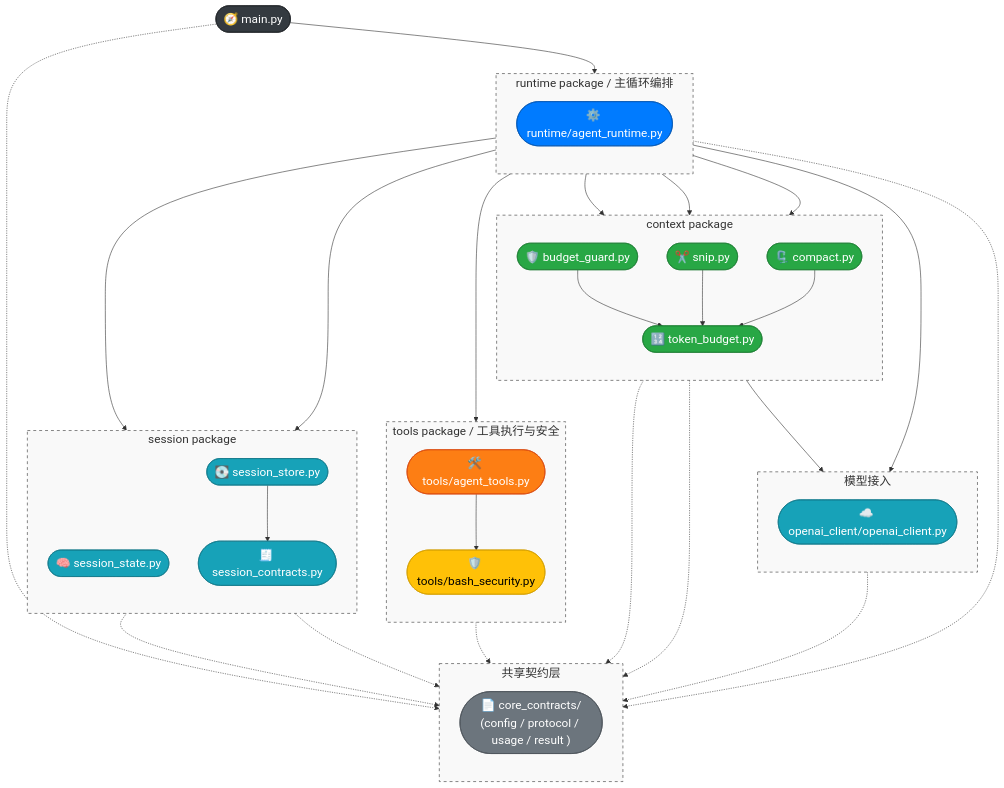
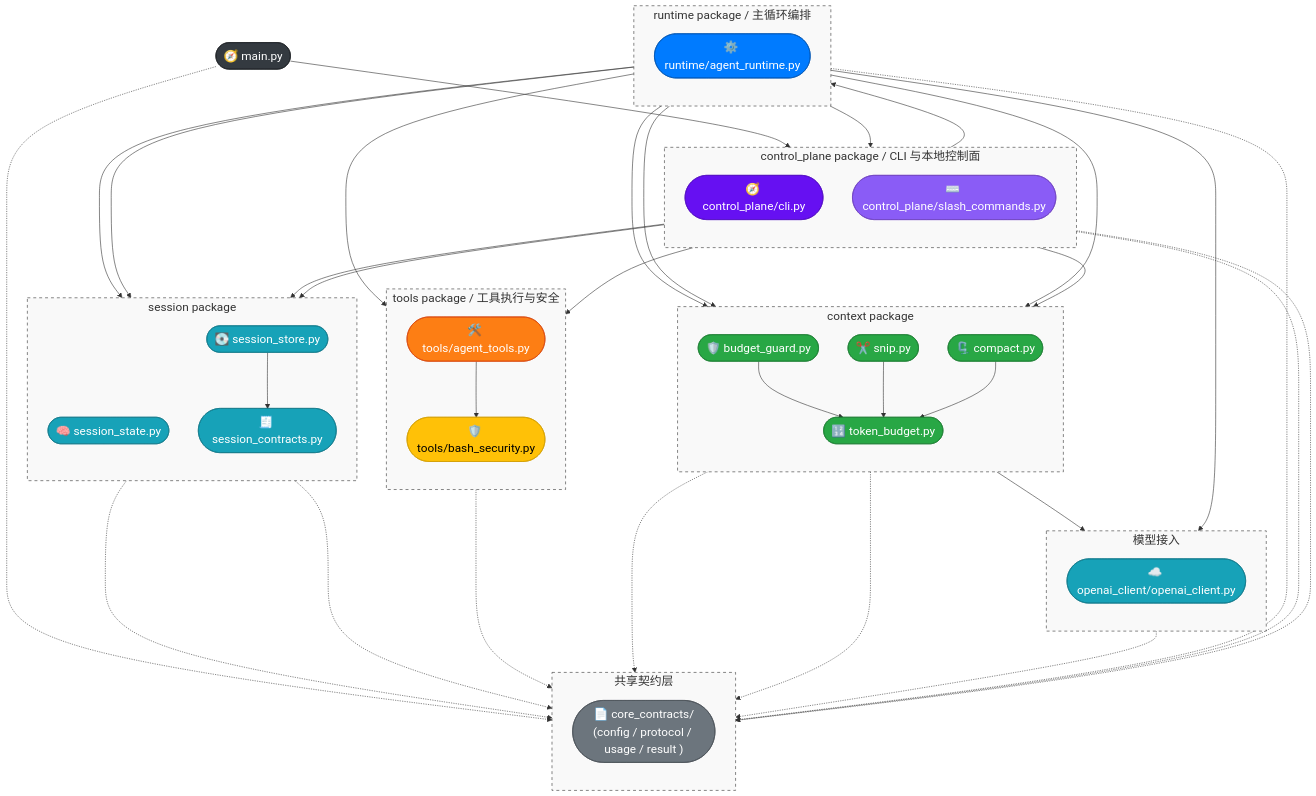
Before and after one commit to WenXingming/ClawCodeAgent: the diagram in docs/Architecture.md, drawn with Mermaid. The commit also changed other lines of this file and 12 other files, not shown here.

Commit message:
Feat: Implement slash command framework and integrate with agent runtime

```diff
--- a/docs/Architecture.md
+++ b/docs/Architecture.md
@@ -31,6 +31,14 @@
 
     %% ================= Top =================
     main(["🧭 main.py"])
+
+    %% ================= Control Plane =================
+    subgraph ControlPlane [control_plane package / CLI 与本地控制面]
+        direction TB
+        n_cli(["🧭 control_plane/cli.py"])
+        n_slash(["⌨️ control_plane/slash_commands.py"])
+        style ControlPlane fill:#f9f9f9,stroke:#333,stroke-dasharray: 5 5
+    end
 
     %% ================= Runtime =================
     subgraph Runtime [runtime package / 主循环编排]
@@ -81,8 +89,11 @@
     end
 
     %% ================= 主链路 =================
-    main --> n_runtime
+    main --> n_cli
 
+    n_cli --> n_runtime
+    n_cli --> n_session_store
+    n_runtime --> n_slash
     n_runtime --> n_openai_client
     n_runtime --> n_tools
     n_runtime --> n_session_state
@@ -90,6 +101,11 @@
     n_runtime --> n_budget_guard
     n_runtime --> n_snip
     n_runtime --> n_compact
+
+    %% ================= Slash Control Plane =================
+    n_slash --> n_session_state
+    n_slash --> n_tools
+    n_slash --> n_token_budget
 
     %% ================= 工具 =================
     n_tools --> n_bash_security
@@ -107,7 +123,9 @@
 
     %% ================= Contracts（全部下沉收敛） =================
     main -.-> n_core_contracts
+    n_cli -.-> n_core_contracts
     n_runtime -.-> n_core_contracts
+    n_slash -.-> n_core_contracts
     n_tools -.-> n_core_contracts
     n_openai_client -.-> n_core_contracts
     n_session_state -.-> n_core_contracts
@@ -117,7 +135,9 @@
 
     %% ================= 样式 =================
     style main fill:#343a40,color:#fff,stroke:#1d2124
+    style n_cli fill:#6610f2,color:#fff,stroke:#520dc2
     style n_runtime fill:#007bff,color:#fff,stroke:#0056b3
+    style n_slash fill:#8a5cf6,color:#fff,stroke:#6f42c1
     style n_core_contracts fill:#6c757d,color:#fff,stroke:#495057
     style n_openai_client fill:#17a2b8,color:#fff,stroke:#117a8b
     style n_bash_security fill:#ffc107,color:#000,stroke:#d39e00
```
